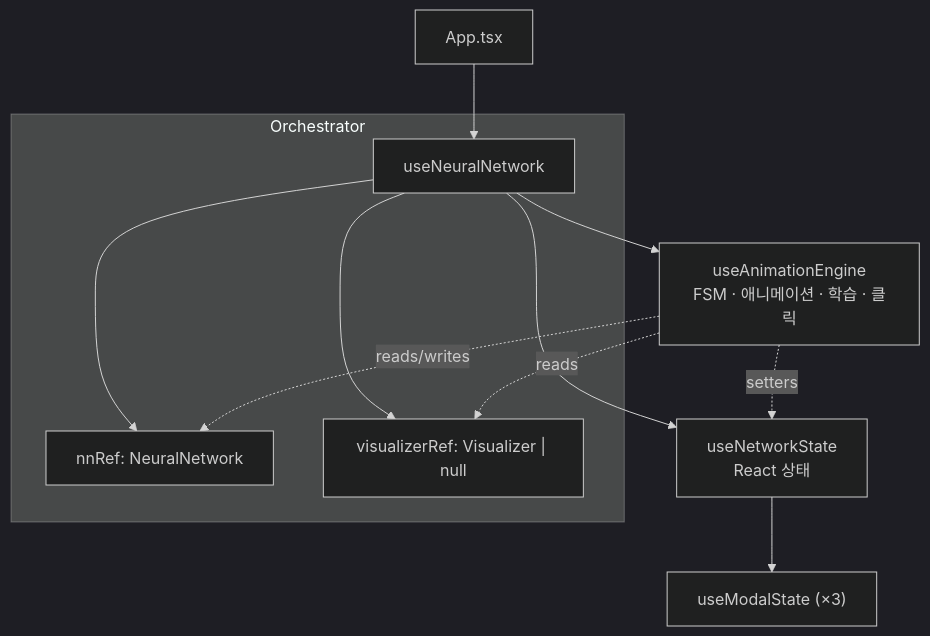
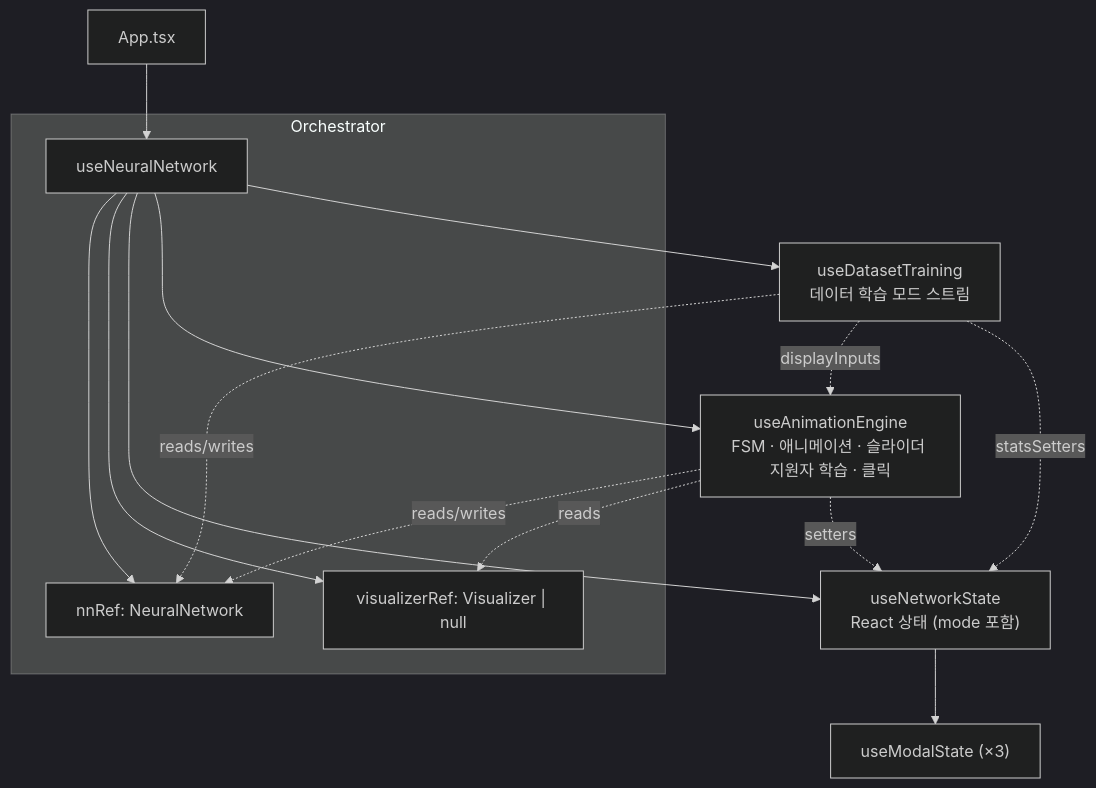
Before and after one commit to ofcbj/nn-book: the first of 3 diagrams in doc/hook_architecture.md, drawn with Mermaid (dark theme). The commit also changed other lines of this file and 30 other files, not shown here.

````diff
--- a/doc/hook_architecture.md
+++ b/doc/hook_architecture.md
@@ -7,24 +7,29 @@
 ```mermaid
 flowchart TB
     App["App.tsx"]
 
     subgraph Orchestrator
         useNN["useNeuralNetwork"]
         nnRef["nnRef: NeuralNetwork"]
         visRef["visualizerRef: Visualizer | null"]
     end
 
-    useNS["useNetworkState<br/>React 상태"]
-    useAE["useAnimationEngine<br/>FSM · 애니메이션 · 학습 · 클릭"]
+    useNS["useNetworkState<br/>React 상태 (mode 포함)"]
+    useAE["useAnimationEngine<br/>FSM · 애니메이션 · 슬라이더 지원자 학습 · 클릭"]
+    useDT["useDatasetTraining<br/>데이터 학습 모드 스트림"]
     useModal["useModalState (×3)"]
 
     App --> useNN
     useNN --> nnRef
     useNN --> visRef
     useNN --> useNS
     useNN --> useAE
+    useNN --> useDT
     useNS --> useModal
     useAE -. reads/writes .-> nnRef
     useAE -. reads .-> visRef
     useAE -. setters .-> useNS
+    useDT -. reads/writes .-> nnRef
+    useDT -. displayInputs .-> useAE
+    useDT -. statsSetters .-> useNS
 ```
````
